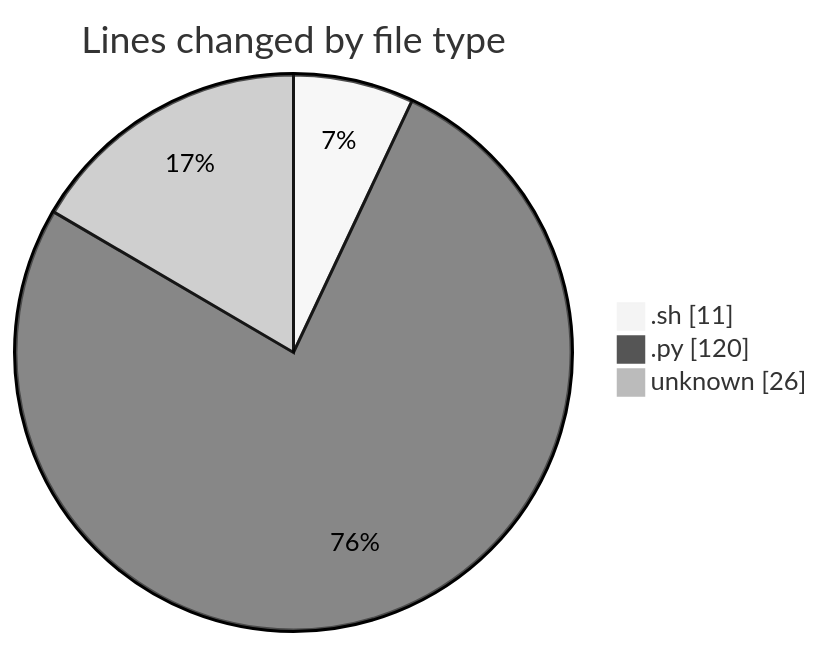
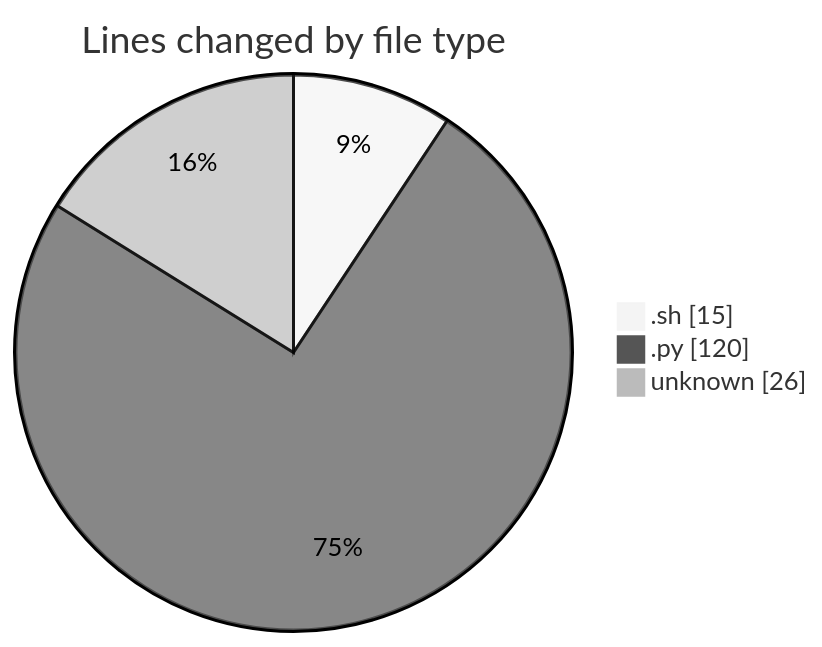
Before and after one commit to momahboobian/code-tracking: the first of 2 diagrams in 2025-01-25/samplepdf/README.md, drawn with Mermaid (neutral theme). The commit also changed other lines of this file and 1 other file, not shown here.

````diff
--- a/2025-01-25/samplepdf/README.md
+++ b/2025-01-25/samplepdf/README.md
@@ -25,7 +25,7 @@
 ```mermaid
 pie showData
 title Lines changed by file type
-".sh" : 11
+".sh" : 15
 ".py" : 120
 "unknown" : 26
 ```
````
